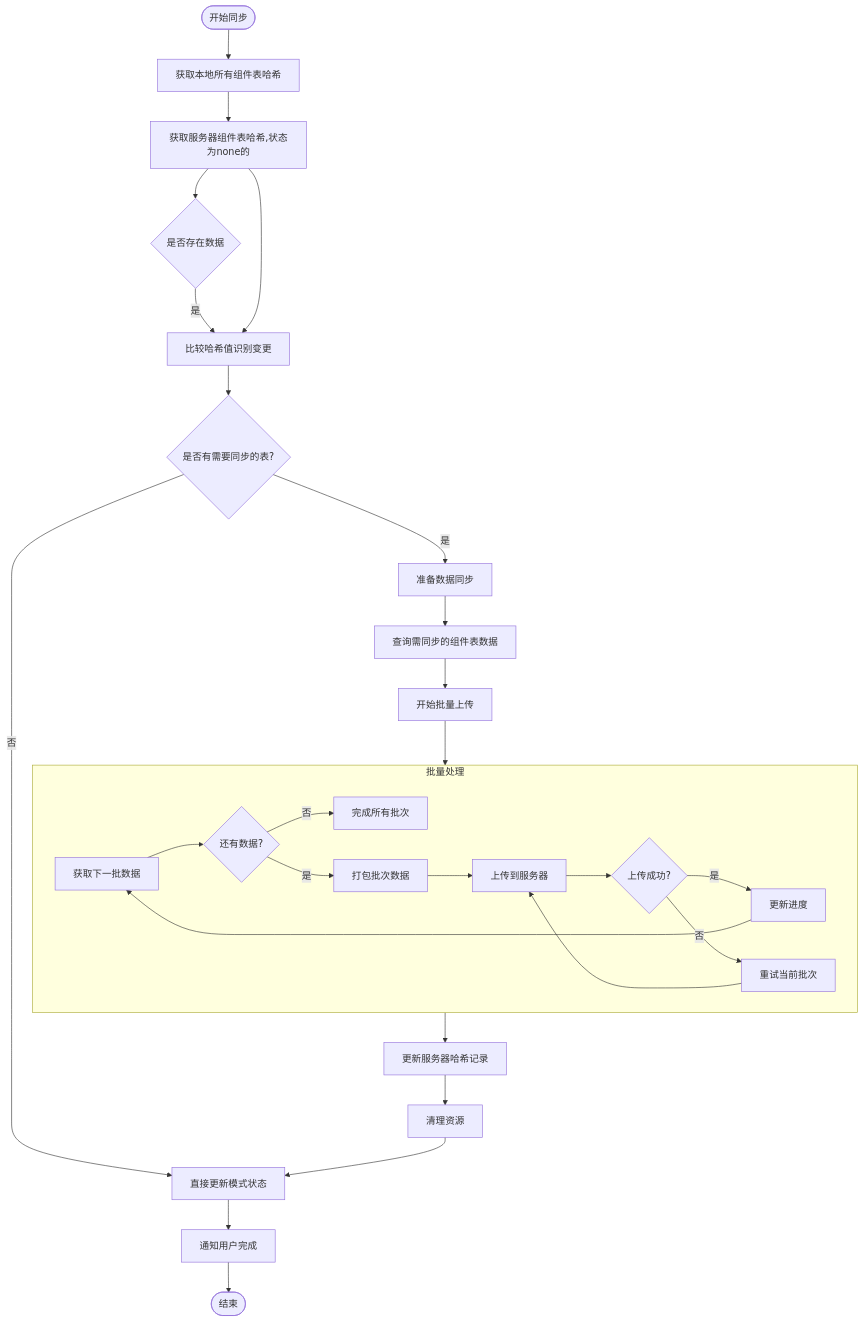
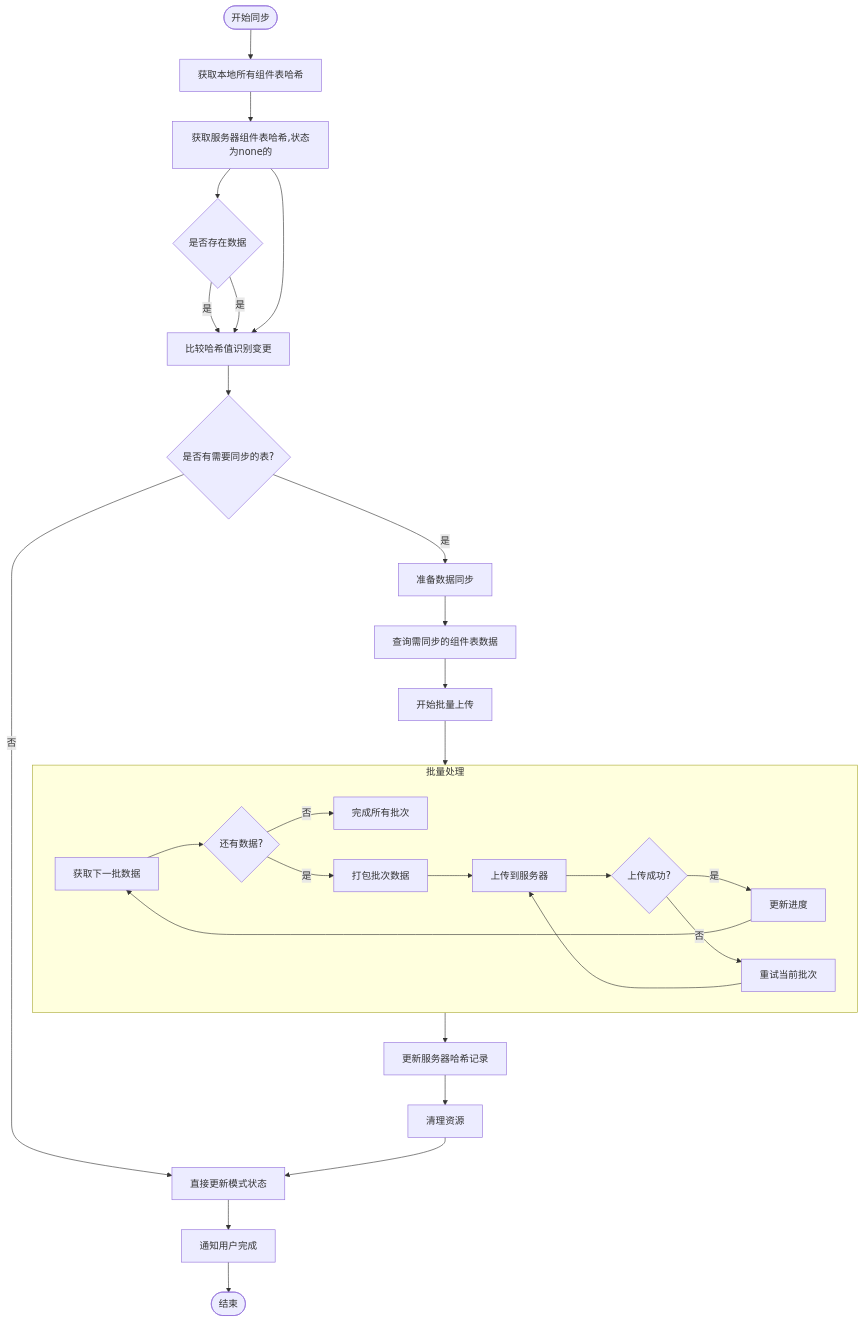
The diagram in all/未命名-51.md (yingjianzh/iodraw-files), drawn with Mermaid before and after one commit.

Commit message:
2025-05-08 16:52:08 update

````diff
--- a/all/未命名-51.md
+++ b/all/未命名-51.md
@@ -1,36 +1,38 @@
 ```mermaid
 flowchart TD
     Start([开始同步]) --> FetchLocalHashes[获取本地所有组件表哈希]
     FetchLocalHashes --> FetchServerHashes[获取服务器组件表哈希,状态为none的]
     FetchServerHashes --> DataExist{是否存在数据} 
 
     DataExist --> |是| CompareHashes
+        DataExist --> |是| CompareHashes
+
     FetchServerHashes --> CompareHashes[比较哈希值识别变更]
     
     CompareHashes --> NeedSync{是否有需要同步的表?}
     NeedSync -->|否| UpdateMode[直接更新模式状态]
     NeedSync -->|是| PrepareSync[准备数据同步]
     
     PrepareSync --> QueryChangedData[查询需同步的组件表数据]
     QueryChangedData --> BeginBatchUpload[开始批量上传]
     
     subgraph BatchProcess [批量处理]
         A[获取下一批数据] --> B{还有数据?}
         B -->|否| ExitLoop[完成所有批次]
         B -->|是| C[打包批次数据]
         C --> D[上传到服务器]
         D --> E{上传成功?}
         E -->|是| F[更新进度]
         E -->|否| G[重试当前批次]
         G --> D
         F --> A
     end
     
     BeginBatchUpload --> BatchProcess
     BatchProcess --> UpdateHashes[更新服务器哈希记录]
     UpdateHashes --> CleanupResources[清理资源]
     CleanupResources --> UpdateMode
     
     UpdateMode --> NotifyCompletion[通知用户完成]
     NotifyCompletion --> End([结束])
 ```
````
